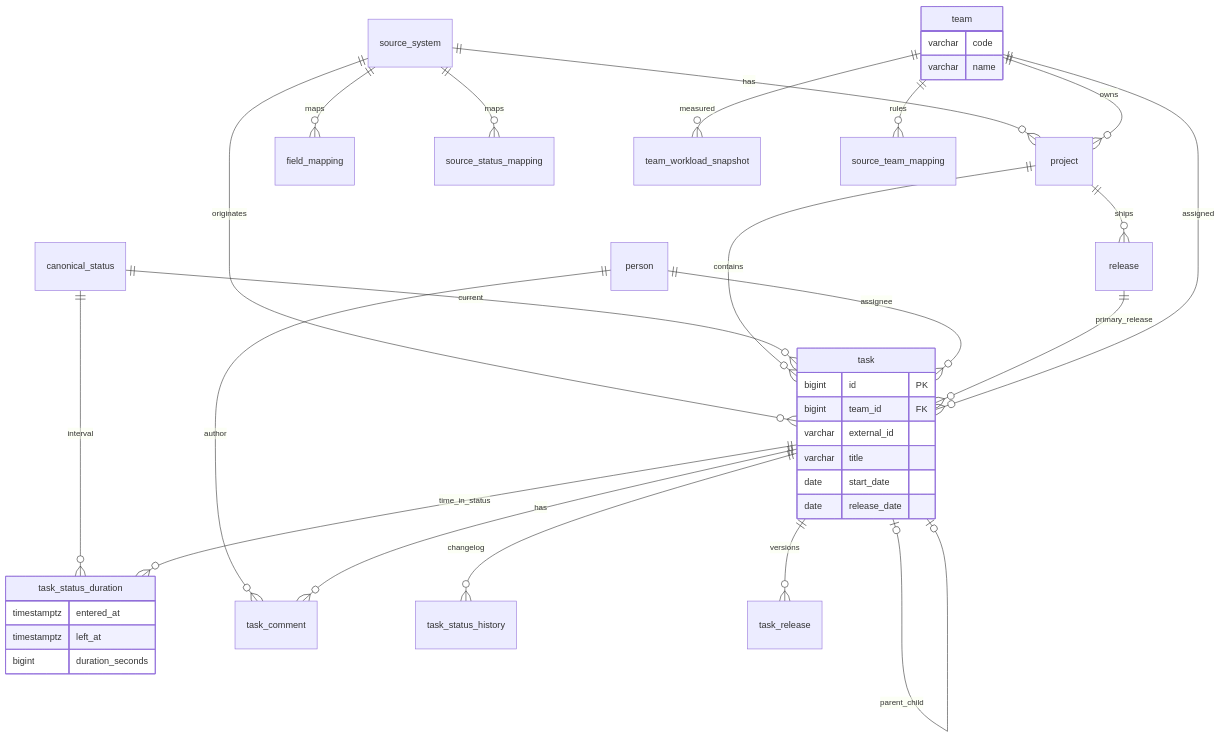
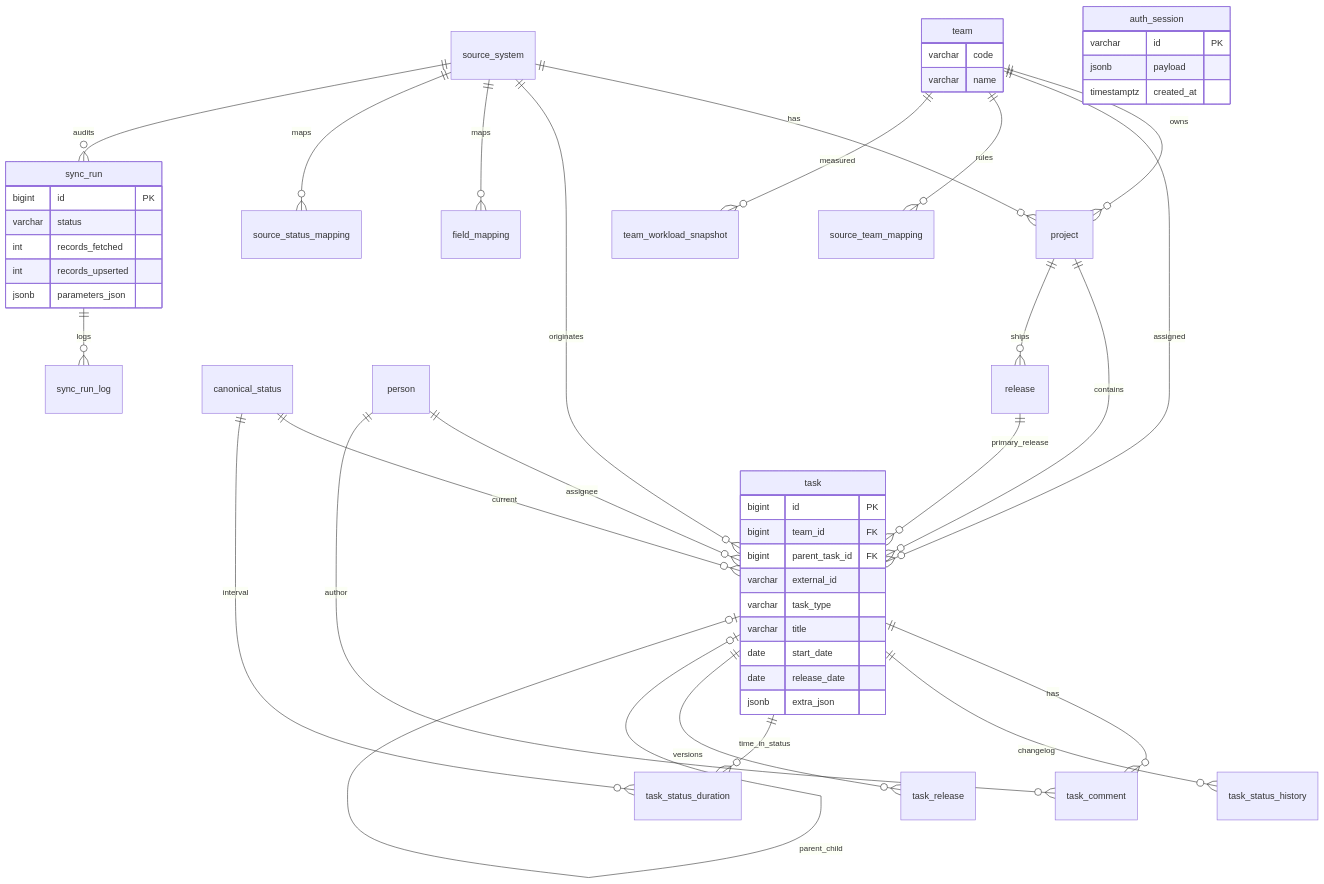
Before and after one commit to volchonok16/reporting: the fourth of 7 diagrams in docs/diagrams.md, drawn with Mermaid. The commit also changed other lines of this file and 15 other files, not shown here.

````diff
--- a/docs/diagrams.md
+++ b/docs/diagrams.md
@@ -64,50 +124,63 @@
 ```mermaid
 erDiagram
     source_system ||--o{ project : has
     source_system ||--o{ task : originates
     source_system ||--o{ field_mapping : maps
     source_system ||--o{ source_status_mapping : maps
+    source_system ||--o{ sync_run : audits
 
     team ||--o{ project : owns
+    team ||--o{ task : assigned
+    team ||--o{ source_team_mapping : rules
     team ||--o{ team_workload_snapshot : measured
 
     project ||--o{ task : contains
     project ||--o{ release : ships
 
     canonical_status ||--o{ task : current
     canonical_status ||--o{ task_status_duration : interval
 
     person ||--o{ task : assignee
     person ||--o{ task_comment : author
 
     task ||--o{ task_comment : has
     task ||--o{ task_status_history : changelog
     task ||--o{ task_status_duration : time_in_status
     task ||--o{ task_release : versions
     task |o--o| task : parent_child
 
     release ||--o{ task : primary_release
 
-    team ||--o{ task : assigned
-    team ||--o{ source_team_mapping : rules
+    sync_run ||--o{ sync_run_log : logs
+
+    auth_session {
+        varchar id PK
+        jsonb payload
+        timestamptz created_at
+    }
 
     task {
         bigint id PK
         bigint team_id FK
+        bigint parent_task_id FK
         varchar external_id
+        varchar task_type
         varchar title
         date start_date
         date release_date
+        jsonb extra_json
     }
 
     team {
         varchar code
         varchar name
     }
 
-    task_status_duration {
-        timestamptz entered_at
-        timestamptz left_at
-        bigint duration_seconds
+    sync_run {
+        bigint id PK
+        varchar status
+        int records_fetched
+        int records_upserted
+        jsonb parameters_json
     }
 ```
````
